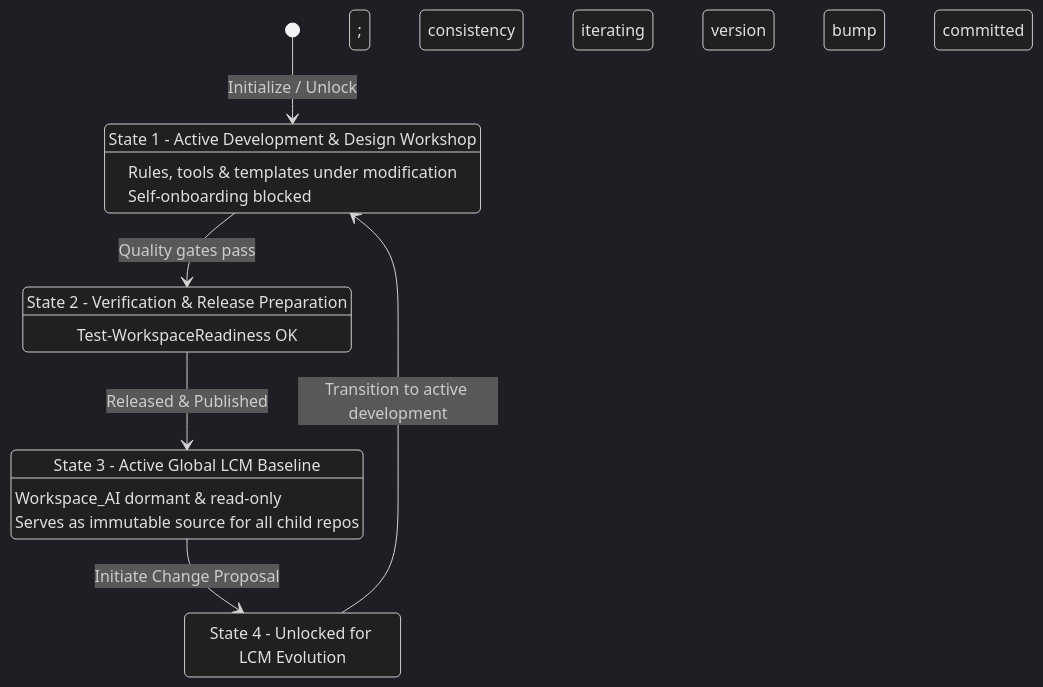
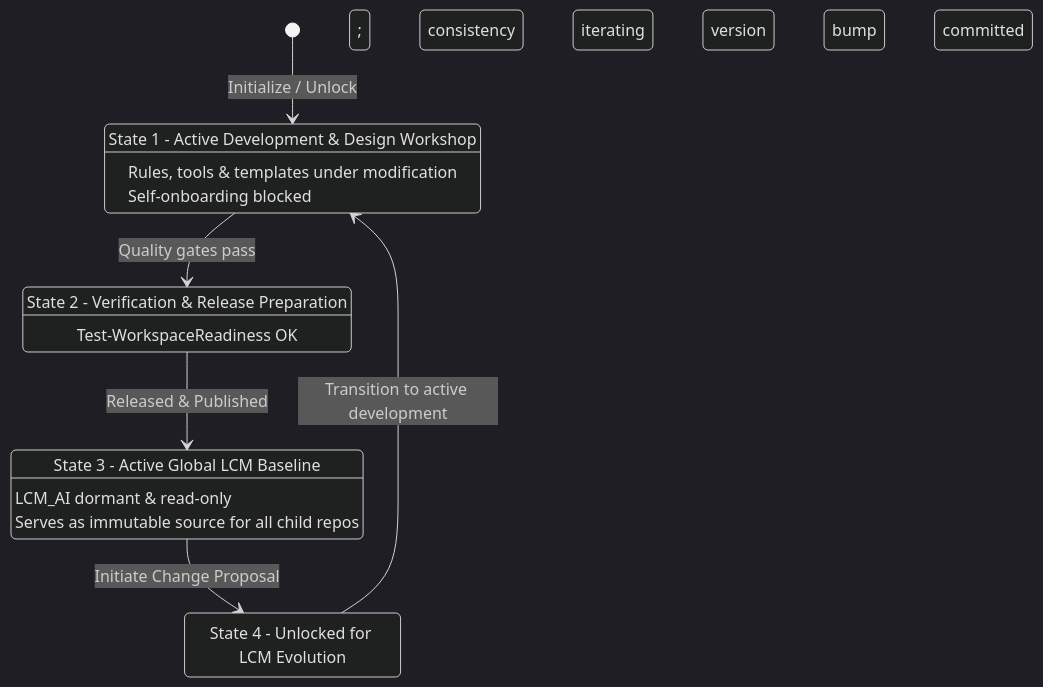
One commit to rgbigel/Workspace_AI changed the first of 2 diagrams in docs/LCM-Onboarding-Architecture.md. Above: the diagram before and after it, drawn with Mermaid (dark theme). The commit also changed other lines of this file and 100 other files, not shown here.

First line of the commit message:
chore(lcm): snapshot new workspace structure

````diff
--- a/docs/LCM-Onboarding-Architecture.md
+++ b/docs/LCM-Onboarding-Architecture.md
@@ -30,21 +30,21 @@
 ```mermaid
 stateDiagram-v2
     [*] --> State1_ActiveWorkshop: Initialize / Unlock
     State1_ActiveWorkshop: State 1 - Active Development & Design Workshop
     State1_ActiveWorkshop: Rules, tools & templates under modification
     State1_ActiveWorkshop: Self-onboarding blocked; consistency iterating
 
     State1_ActiveWorkshop --> State2_Verification: Quality gates pass
     State2_Verification: State 2 - Verification & Release Preparation
     State2_Verification: Test-WorkspaceReadiness OK; version bump committed
 
     State2_Verification --> State3_ReleasedBaseline: Released & Published
     State3_ReleasedBaseline: State 3 - Active Global LCM Baseline
-    State3_ReleasedBaseline: Workspace_AI dormant & read-only
+    State3_ReleasedBaseline: LCM_AI dormant & read-only
     State3_ReleasedBaseline: Serves as immutable source for all child repos
 
     State3_ReleasedBaseline --> State4_UnlockedProposal: Initiate Change Proposal
     State4_UnlockedProposal: State 4 - Unlocked for LCM Evolution
     State4_UnlockedProposal --> State1_ActiveWorkshop: Transition to active development
 
 ```
````
